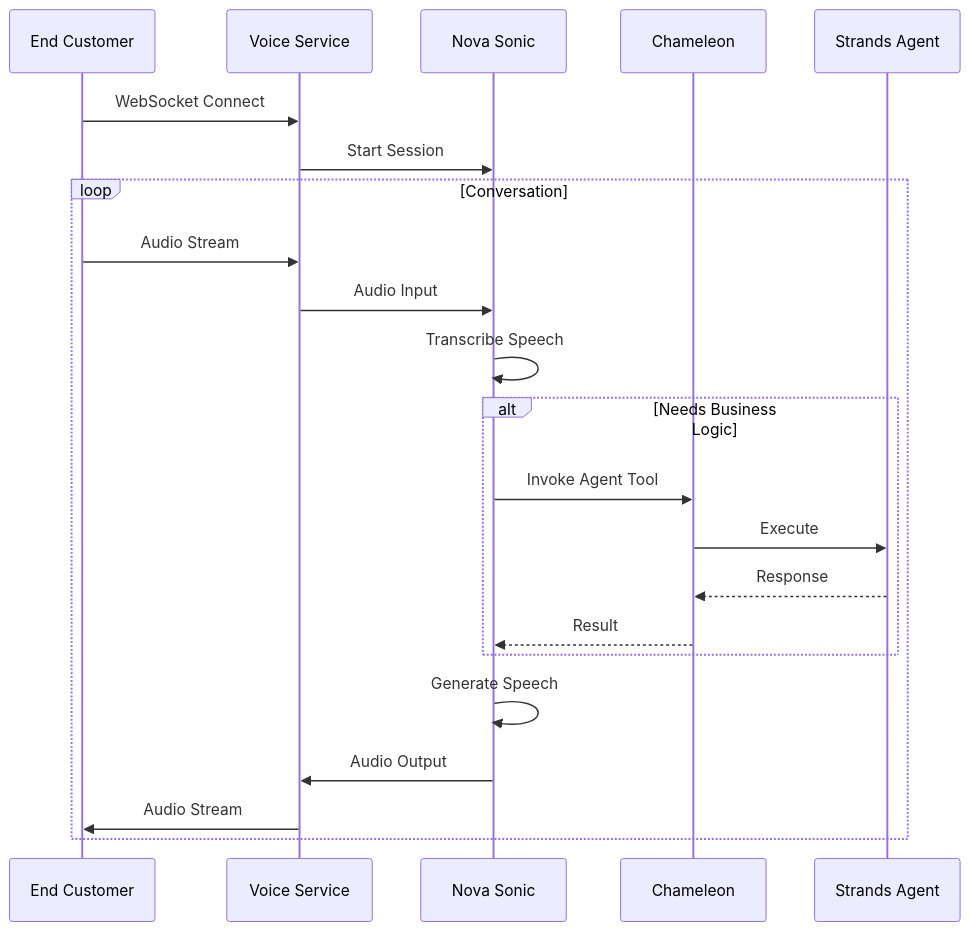
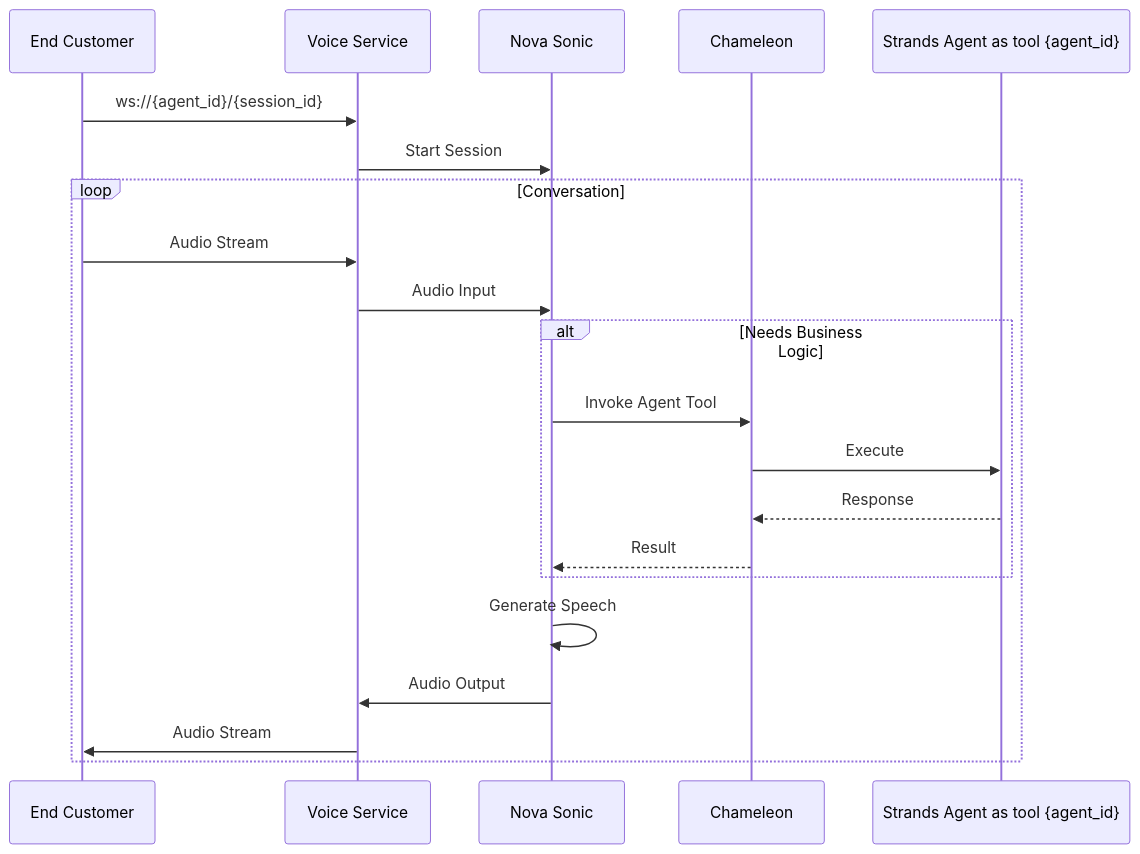
The sixth of 8 diagrams in README.md (chandra447/Oratio), drawn with Mermaid before and after one commit. The commit also changed other lines of this file, not shown here.

First line of the commit message:
docs(diagrams): refine agent architecture flow and API endpoint patterns

````diff
--- a/README.md
+++ b/README.md
@@ -230,28 +233,28 @@
 ```mermaid
 sequenceDiagram
     participant Customer as End Customer
     participant Voice as Voice Service
     participant Nova as Nova Sonic
-    participant Cham as Chameleon
-    participant Agent as Strands Agent
+    participant Cham as Chameleon 
+    participant Agent as Strands Agent as tool {agent_id}
 
-    Customer->>Voice: WebSocket Connect
+    Customer->>Voice: ws://{agent_id}/{session_id}
     Voice->>Nova: Start Session
     
     loop Conversation
         Customer->>Voice: Audio Stream
         Voice->>Nova: Audio Input
-        Nova->>Nova: Transcribe Speech
+     
         
         alt Needs Business Logic
             Nova->>Cham: Invoke Agent Tool
             Cham->>Agent: Execute
             Agent-->>Cham: Response
             Cham-->>Nova: Result
         end
         
         Nova->>Nova: Generate Speech
         Nova->>Voice: Audio Output
         Voice->>Customer: Audio Stream
     end
 ```
````
